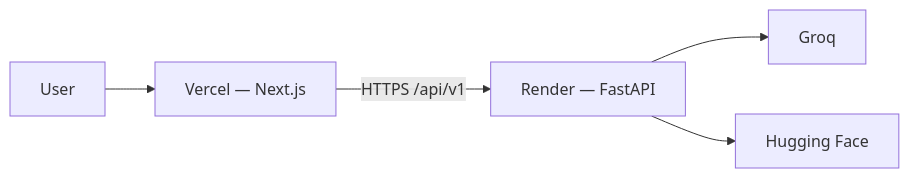
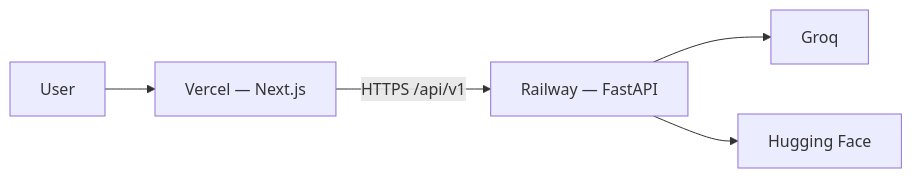
One commit to Somu639/Zomato-Final changed the fifth of 7 diagrams in Docs/PhaseWiseArchitecture.md. Above: the diagram before and after it, drawn with Mermaid. The commit also changed other lines of this file and 22 other files, not shown here.

Commit message:
Switch backend deployment from Render to Railway

````diff
--- a/Docs/PhaseWiseArchitecture.md
+++ b/Docs/PhaseWiseArchitecture.md
@@ -516,13 +516,13 @@
 ```mermaid
 flowchart LR
     User[User]
     Vercel[Vercel — Next.js]
-    Render[Render — FastAPI]
+    Railway[Railway — FastAPI]
     Groq[Groq]
     HF[Hugging Face]
 
     User --> Vercel
-    Vercel -->|HTTPS /api/v1| Render
-    Render --> Groq
-    Render --> HF
+    Vercel -->|HTTPS /api/v1| Railway
+    Railway --> Groq
+    Railway --> HF
 ```
````
